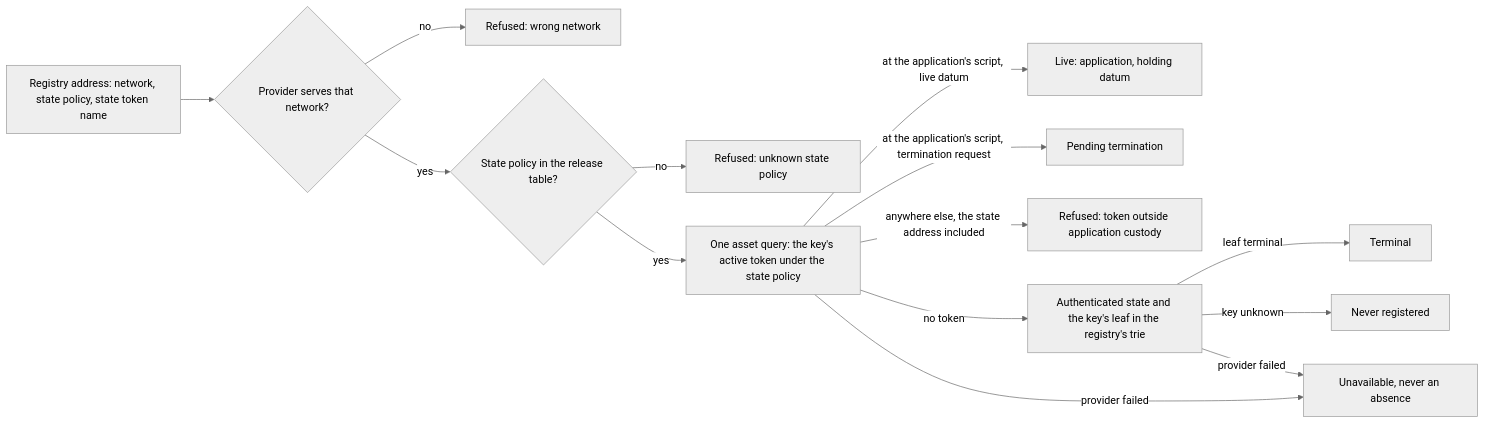
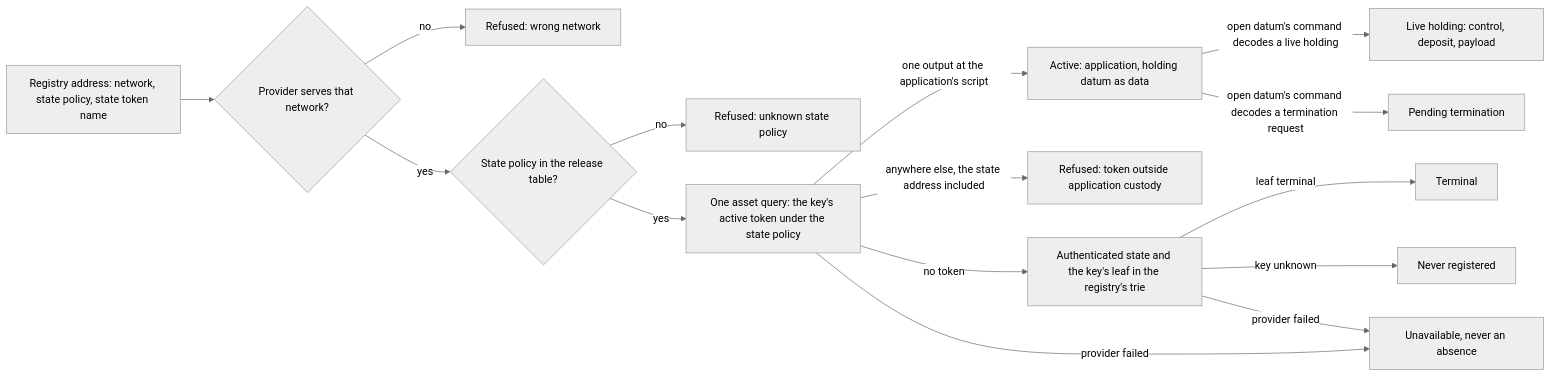
Before and after one commit to lambdasistemi/singular: the diagram in specs/744-registry-reader/spec.md, drawn with Mermaid (neutral theme). The commit also changed other lines of this file and 3 other files, not shown here.

````diff
--- a/specs/744-registry-reader/spec.md
+++ b/specs/744-registry-reader/spec.md
@@ -13,16 +13,17 @@
 ```mermaid
 flowchart LR
     A[Registry address: network, state policy, state token name] --> N{Provider serves that network?}
     N -->|no| RN[Refused: wrong network]
     N -->|yes| P{State policy in the release table?}
     P -->|no| RP[Refused: unknown state policy]
     P -->|yes| L[One asset query: the key's active token under the state policy]
-    L -->|at the application's script, live datum| LIVE[Live: application, holding datum]
-    L -->|at the application's script, termination request| PEND[Pending termination]
+    L -->|one output at the application's script| ACT[Active: application, holding datum as data]
+    ACT -->|open datum's command decodes a live holding| LIVE[Live holding: control, deposit, payload]
+    ACT -->|open datum's command decodes a termination request| PEND[Pending termination]
     L -->|anywhere else, the state address included| RS[Refused: token outside application custody]
     L -->|no token| T[Authenticated state and the key's leaf in the registry's trie]
     T -->|leaf terminal| TERM[Terminal]
     T -->|key unknown| NEVER[Never registered]
     L -->|provider failed| U[Unavailable, never an absence]
     T -->|provider failed| U
 ```
````
